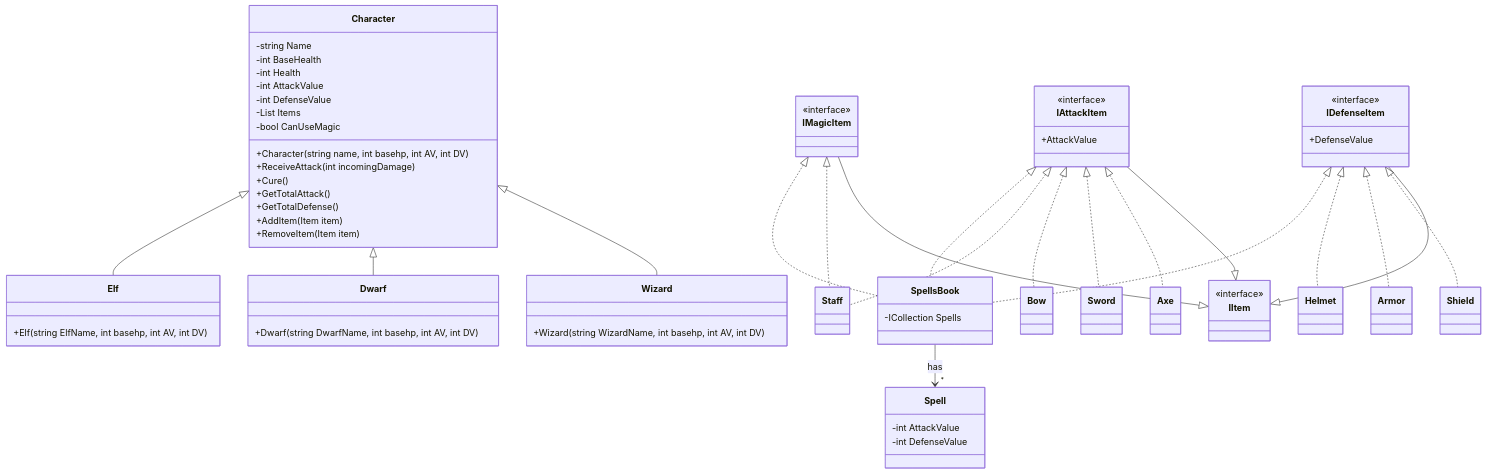
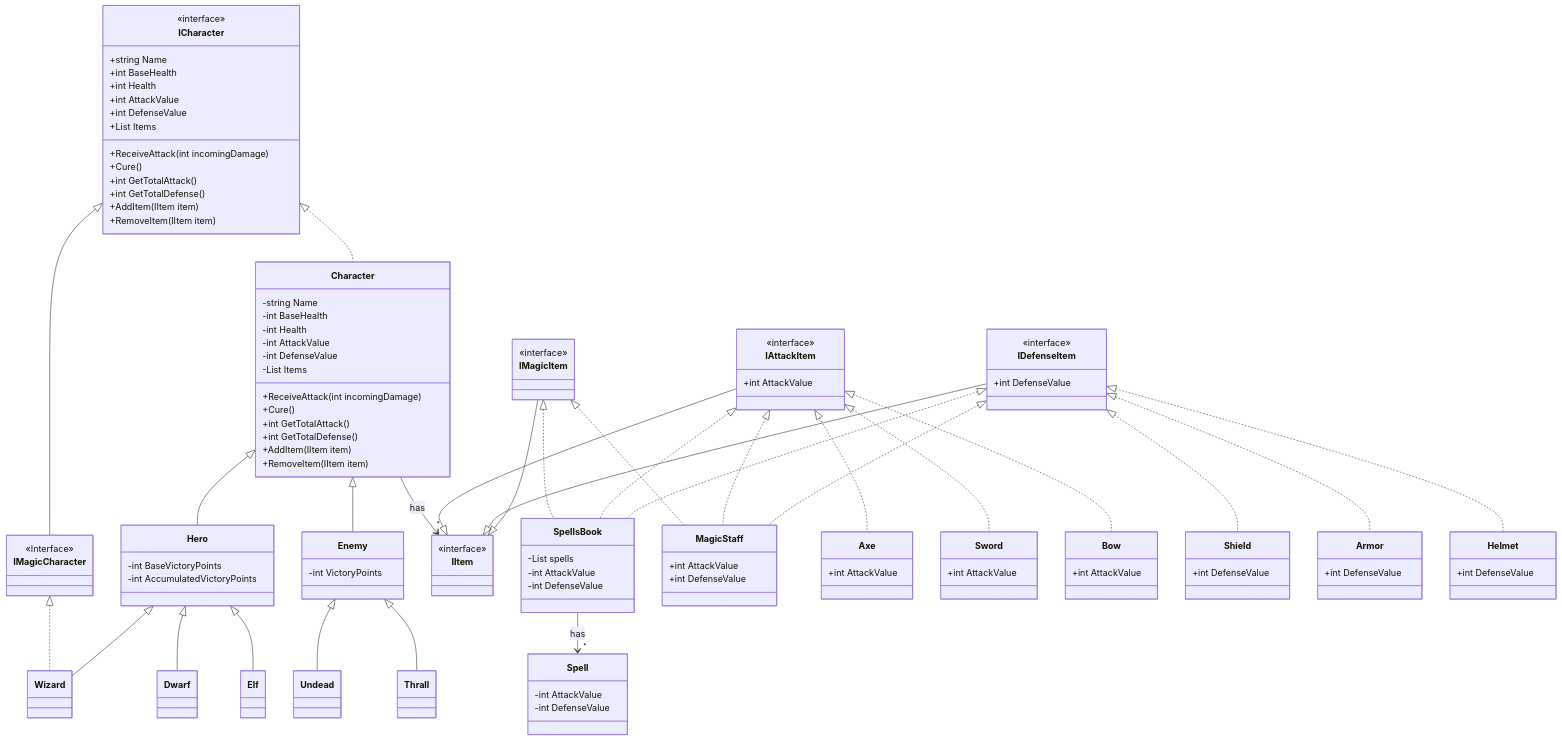
Before and after one commit to UCUBascou/PII_RoleplayGame_2_Start: the diagram in DIAGRAM.md, drawn with Mermaid.

Commit message:
Diagrama uml

````diff
--- a/DIAGRAM.md
+++ b/DIAGRAM.md
@@ -9,96 +9,148 @@
 ```mermaid
 classDiagram
-    %% Relaciones de Character
-    Character <|-- Wizard
-    Character <|-- Dwarf
-    Character <|-- Elf
+    %% Relaciones de personajes
 
-    %% Relaciones IItem
+    ICharacter <|.. Character
+    ICharacter <|-- IMagicCharacter
+    IMagicCharacter <|.. Wizard
+
+    Character <|-- Hero
+    Character <|-- Enemy
+
+    Hero <|-- Wizard
+    Hero <|-- Dwarf
+    Hero <|-- Elf
+
+    Enemy <|-- Undead
+    Enemy <|-- Thrall
+
+    %% Relaciones de Items
+
+    Character --> "*" IItem : has
+
     IAttackItem --|> IItem
     IDefenseItem --|> IItem
     IMagicItem --|> IItem
 
-    %% Relaciones de SpellsBook con Spell
     SpellsBook --> "*" Spell : has
 
-    %% Interfaz MagicItem
-    IMagicItem <|.. Staff
+    IMagicItem <|.. MagicStaff
     IMagicItem <|.. SpellsBook
 
-    %% Interfaz AttackItem
     IAttackItem <|.. Axe
     IAttackItem <|.. Sword
     IAttackItem <|.. Bow
-    IAttackItem <|.. Staff
+    IAttackItem <|.. MagicStaff
     IAttackItem <|.. SpellsBook
 
-    %% Interfaz DefenseItem
     IDefenseItem <|.. Shield
     IDefenseItem <|.. Armor
     IDefenseItem <|.. Helmet
     IDefenseItem <|.. SpellsBook
+    IDefenseItem <|.. MagicStaff
+    
+    %% Interfaz ICharacter e items
+    class ICharacter{
+        <<interface>>
+        +string Name
+        +int BaseHealth
+        +int Health
+        +int AttackValue
+        +int DefenseValue
+        +List<IItem> Items
 
-    %% clase Character
+        +ReceiveAttack(int incomingDamage)
+        +Cure()
+        +int GetTotalAttack()
+        +int GetTotalDefense()
+        +AddItem(IItem item)
+        +RemoveItem(IItem item)
+    }
+
+    class IMagicCharacter{<<Interface>>}
+    class IItem{<<interface>>}
+
+    class IAttackItem{
+        <<interface>>
+        +int AttackValue
+    }
+    class IDefenseItem{
+        <<interface>>
+        +int DefenseValue
+    }
+    class IMagicItem{
+        <<interface>>
+    }
+
+    %% Character
     class Character{
         -string Name
         -int BaseHealth
         -int Health
         -int AttackValue
         -int DefenseValue
-        -List <IItem> Items
-        -bool CanUseMagic
-        +Character(string name, int basehp, int AV, int DV)
+        -List<IITem> Items
+
         +ReceiveAttack(int incomingDamage)
         +Cure()
-        +GetTotalAttack()
-        +GetTotalDefense()
-        +AddItem(Item item)
-        +RemoveItem(Item item)
-    }
-    %% Clase Wizard
-    class Wizard{
-      +Wizard(string WizardName, int basehp, int AV, int DV)
+        +int GetTotalAttack()
+        +int GetTotalDefense()
+        +AddItem(IItem item)
+        +RemoveItem(IItem item)
     }
 
-    %% Clase Dwarf
-    class Dwarf{
-      +Dwarf(string DwarfName, int basehp, int AV, int DV)
+    %% Héroes y enemigos
+    class Hero{
+        -int BaseVictoryPoints
+        -int AccumulatedVictoryPoints
+    }
+    class Enemy{
+        -int VictoryPoints
     }
 
-    %% Clase Elf
-    class Elf{
-      +Elf(string ElfName, int basehp, int AV, int DV)
+    %% Héroes
+    class Wizard{}
+    class Dwarf{}
+    class Elf{}
+
+    %% Enemigos
+    class Undead{}
+    class Thrall{}
+
+    %% Items mágicos
+    class SpellsBook{
+        -List<Spell> spells
+        -int AttackValue
+        -int DefenseValue
     }
-    %% Interfaces
-    class IItem{<<interface>>}
-    class IAttackItem{
-        <<interface>>
-        +AttackValue
+    class Spell{
+        -int AttackValue
+        -int DefenseValue
     }
-    class IDefenseItem{
-        <<interface>>
-        +DefenseValue
-    }
-    class IMagicItem{<<interface>>}
-
-    %% Clase SpellsBook
-    class SpellsBook{
-      -ICollection<Spell> Spells
+    class MagicStaff{
+        +int AttackValue
+        +int DefenseValue
     }
 
-    %% Clase Spell
-    class Spell{
-      -int AttackValue
-      -int DefenseValue
+    %% Items de ataque
+    class Axe{
+        +int AttackValue
+    }
+    class Sword{
+        +int AttackValue
+    }
+    class Bow{
+        +int AttackValue
     }
 
-    %% Armas
-    class Axe{}
-    class Sword{}
-    class Bow{}
-    class Staff{}
-    %% Defensas
-    class Shield{}
-    class Armor{}
-    class Helmet{}
+    %% Items de defensa
+    class Shield{
+        +int DefenseValue
+    }
+    class Armor{
+        +int DefenseValue
+    }
+    class Helmet{
+        +int DefenseValue
+    }
 ```
````
